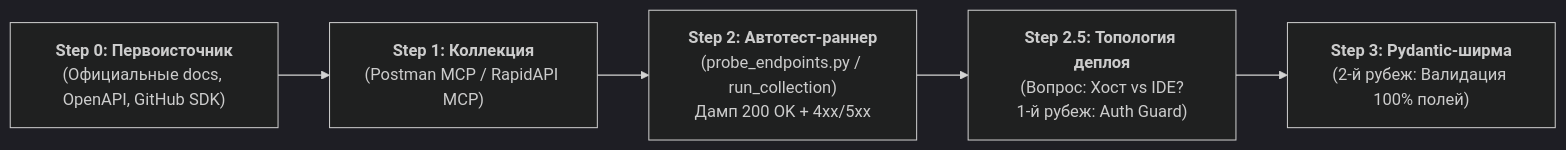
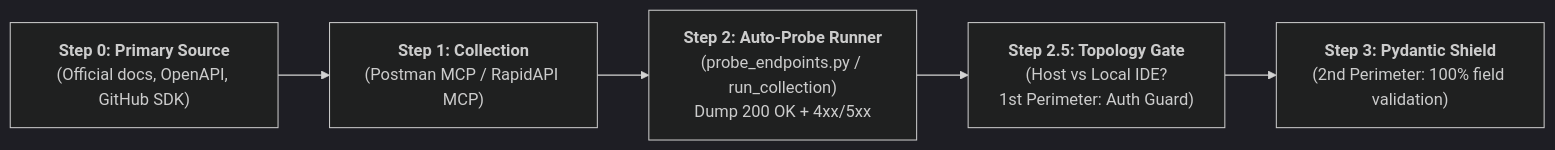
The diagram in SKILL.md (Azhy34/api-discovery-framework), drawn with Mermaid (dark theme) before and after one commit. The commit also changed other lines of this file and 2 other files, not shown here.

````diff
--- a/SKILL.md
+++ b/SKILL.md
@@ -55,8 +55,8 @@
 ```mermaid
 flowchart LR
-    S0["<b>Step 0: Первоисточник</b><br/>(Официальные docs, OpenAPI, GitHub SDK)"] --> S1
-    S1["<b>Step 1: Коллекция</b><br/>(Postman MCP / RapidAPI MCP)"] --> S2
-    S2["<b>Step 2: Автотест-раннер</b><br/>(probe_endpoints.py / run_collection)<br/>Дамп 200 OK + 4xx/5xx"] --> S2_5
-    S2_5["<b>Step 2.5: Топология деплоя</b><br/>(Вопрос: Хост vs IDE?<br/>1-й рубеж: Auth Guard)"] --> S3
-    S3["<b>Step 3: Pydantic-ширма</b><br/>(2-й рубеж: Валидация 100% полей)"]
+    S0["<b>Step 0: Primary Source</b><br/>(Official docs, OpenAPI, GitHub SDK)"] --> S1
+    S1["<b>Step 1: Collection</b><br/>(Postman MCP / RapidAPI MCP)"] --> S2
+    S2["<b>Step 2: Auto-Probe Runner</b><br/>(probe_endpoints.py / run_collection)<br/>Dump 200 OK + 4xx/5xx"] --> S2_5
+    S2_5["<b>Step 2.5: Topology Gate</b><br/>(Host vs Local IDE?<br/>1st Perimeter: Auth Guard)"] --> S3
+    S3["<b>Step 3: Pydantic Shield</b><br/>(2nd Perimeter: 100% field validation)"]
 ```
````
